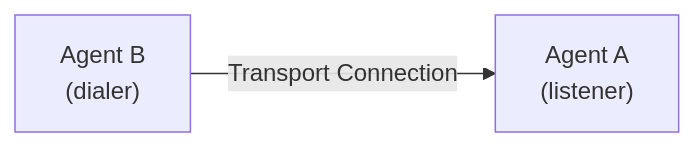
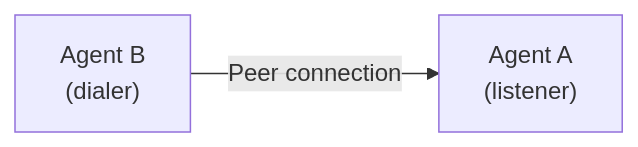
One commit to Muti-Metroo/Muti-Metroo changed the first of 4 diagrams in docs/docs/concepts/architecture.md. Above: the diagram before and after it, drawn with Mermaid. The commit also changed other lines of this file and 156 other files, not shown here.

````diff
--- a/docs/docs/concepts/architecture.md
+++ b/docs/docs/concepts/architecture.md
@@ -132,4 +50,4 @@
 ```mermaid
 flowchart LR
-    B["Agent B<br/>(dialer)"] -->|Transport Connection| A["Agent A<br/>(listener)"]
+    B["Agent B<br/>(dialer)"] -->|Peer connection| A["Agent A<br/>(listener)"]
 ```
````
